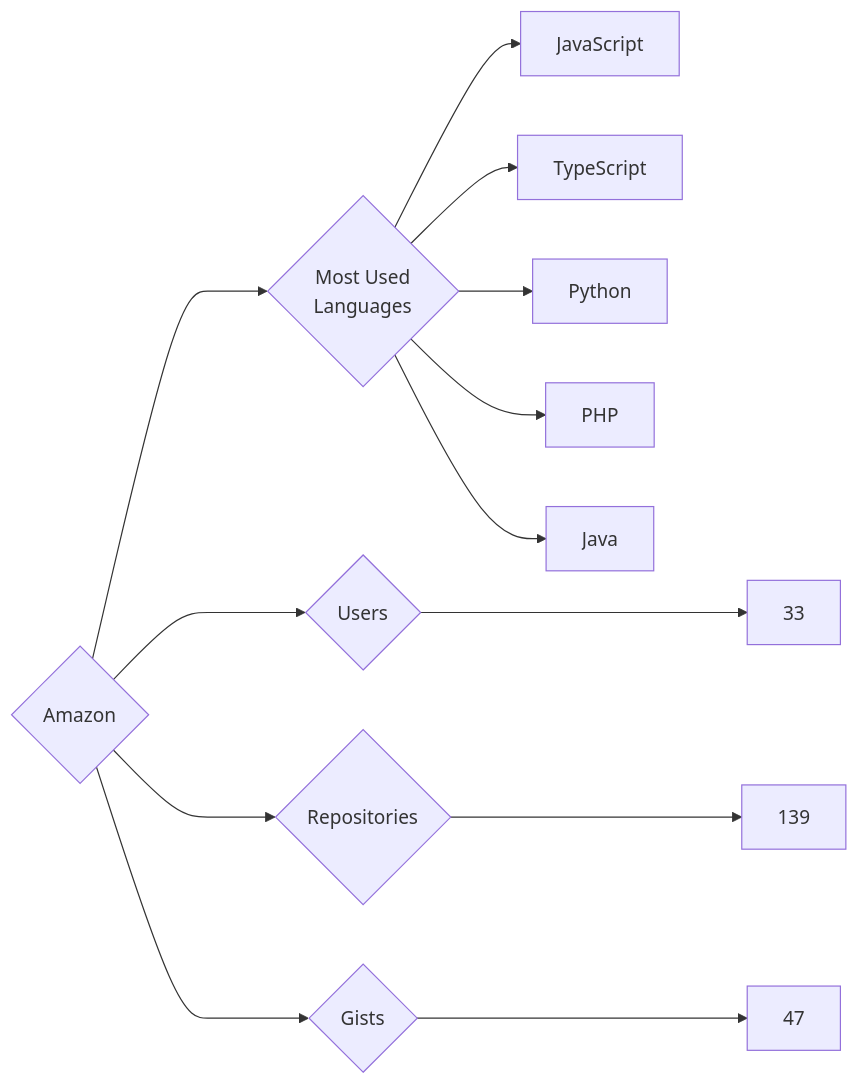
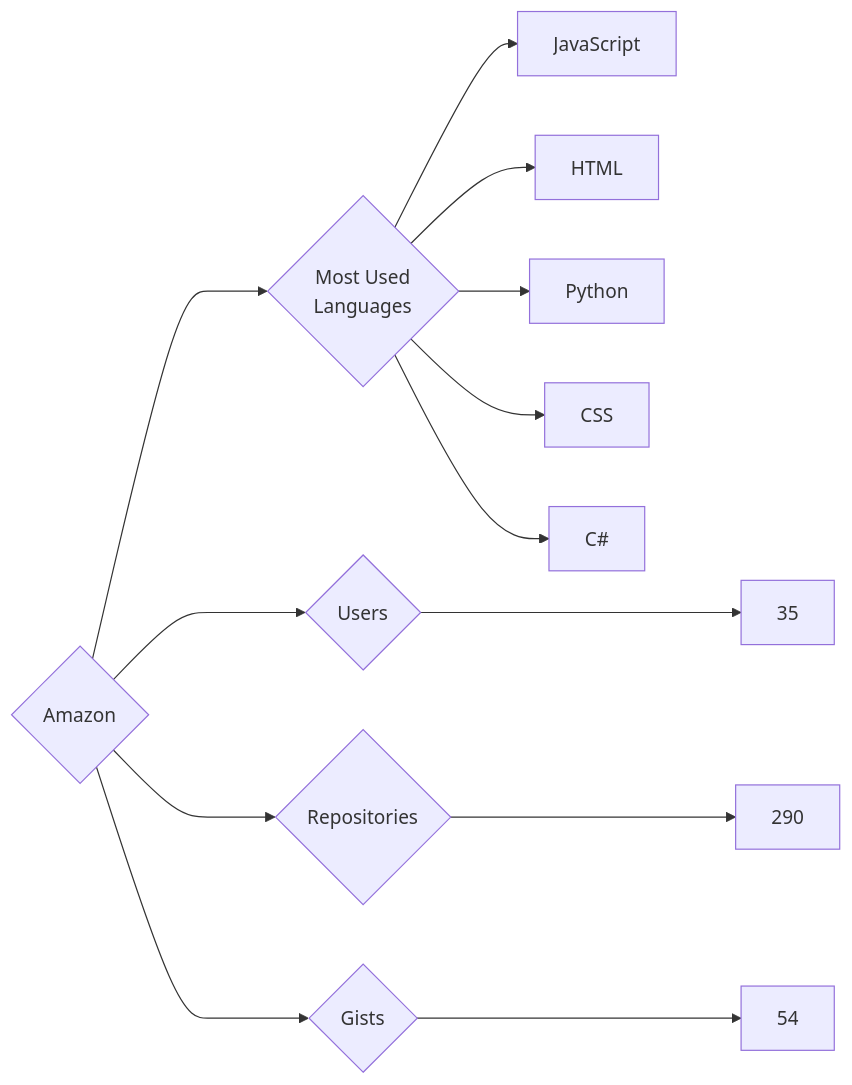
The diagram in targets/Amazon/README.md (trickest/insiders), drawn with Mermaid before and after one commit. The commit also changed 809 other files, not shown here.

````diff
--- a/targets/Amazon/README.md
+++ b/targets/Amazon/README.md
@@ -3,13 +3,13 @@
 ```mermaid
 graph LR
 COMPANY_NAME{Amazon}
-COMPANY_NAME ---> U{Users} ---> UN[33]
-COMPANY_NAME ---> R{Repositories} ---> RN[139]
-COMPANY_NAME ---> G{Gists} ---> GN[47]
+COMPANY_NAME ---> U{Users} ---> UN[35]
+COMPANY_NAME ---> R{Repositories} ---> RN[290]
+COMPANY_NAME ---> G{Gists} ---> GN[54]
 COMPANY_NAME ---> ML{Most Used<br>Languages}
 ML --> JavaScript[JavaScript]
-ML --> TypeScript[TypeScript]
+ML --> HTML[HTML]
 ML --> Python[Python]
-ML --> PHP[PHP]
-ML --> Java[Java]
+ML --> CSS[CSS]
+ML --> C#[C#]
 ```
````
